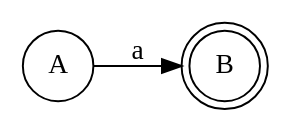
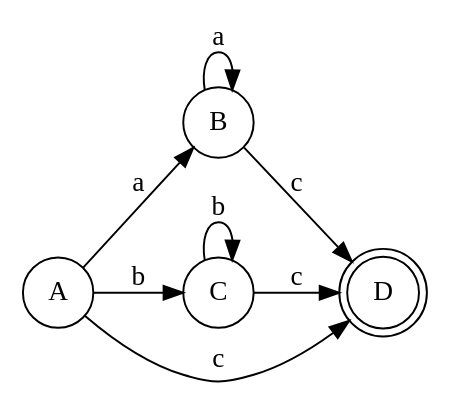
The diagram in AFD.gv (JoseGon20335/labC-lenguajes), drawn with Graphviz before and after one commit. The commit also changed 20 other files, not shown here.

```diff
--- a/AFD.gv
+++ b/AFD.gv
@@ -1,7 +1,15 @@
 // resultado
 digraph AFD {
 	graph [rankdir=LR]
-	1952709989024 [label=A shape=circle]
-	1952709992768 [label=B shape=doublecircle]
-	1952709989024 -> 1952709992768 [label=a]
+	1594047709040 [label=A shape=circle]
+	1594047702752 [label=B shape=circle]
+	1594047700928 [label=C shape=circle]
+	1594047700832 [label=D shape=doublecircle]
+	1594047709040 -> 1594047702752 [label=a]
+	1594047709040 -> 1594047700928 [label=b]
+	1594047709040 -> 1594047700832 [label=c]
+	1594047702752 -> 1594047702752 [label=a]
+	1594047702752 -> 1594047700832 [label=c]
+	1594047700928 -> 1594047700928 [label=b]
+	1594047700928 -> 1594047700832 [label=c]
 }
```
